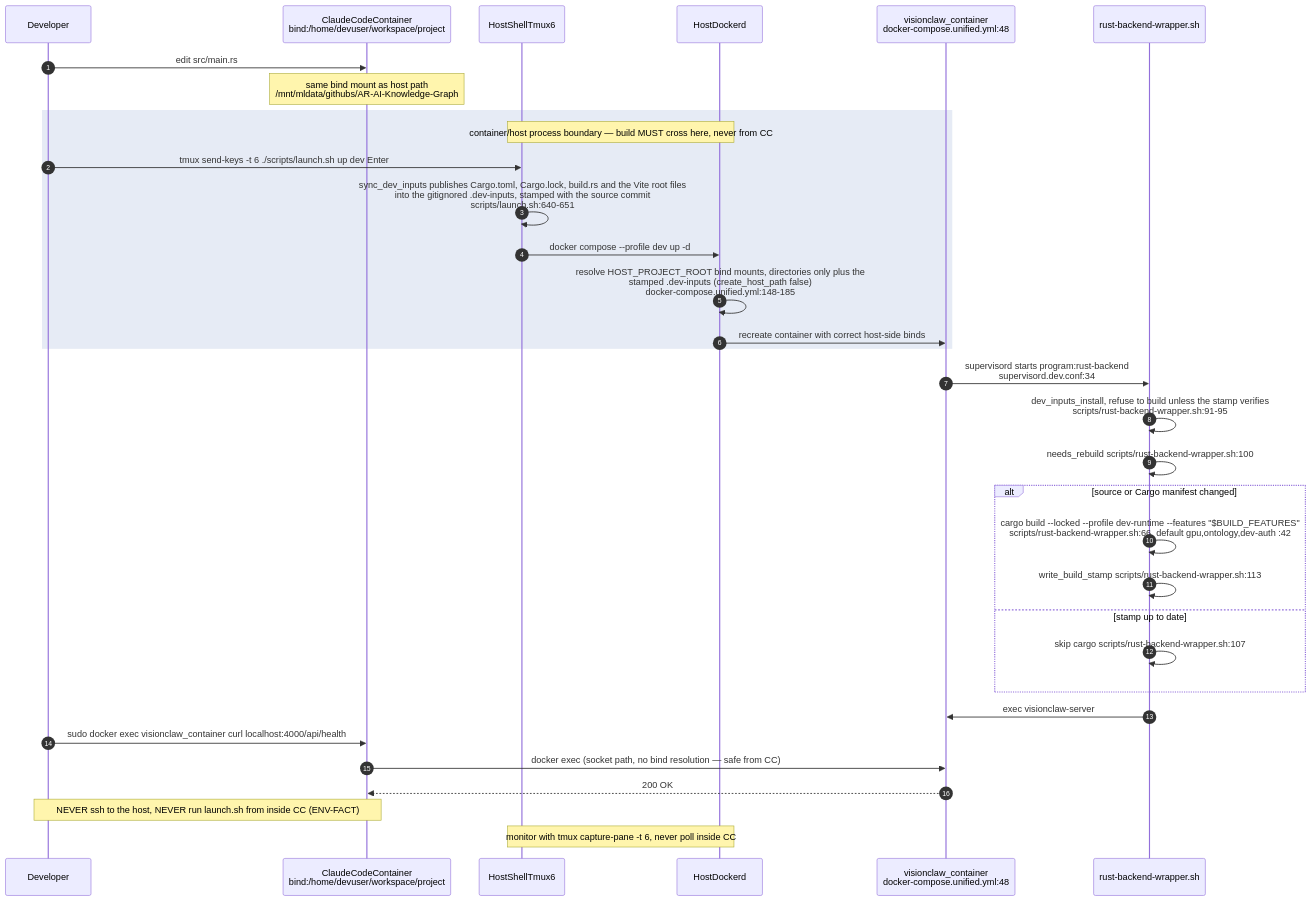
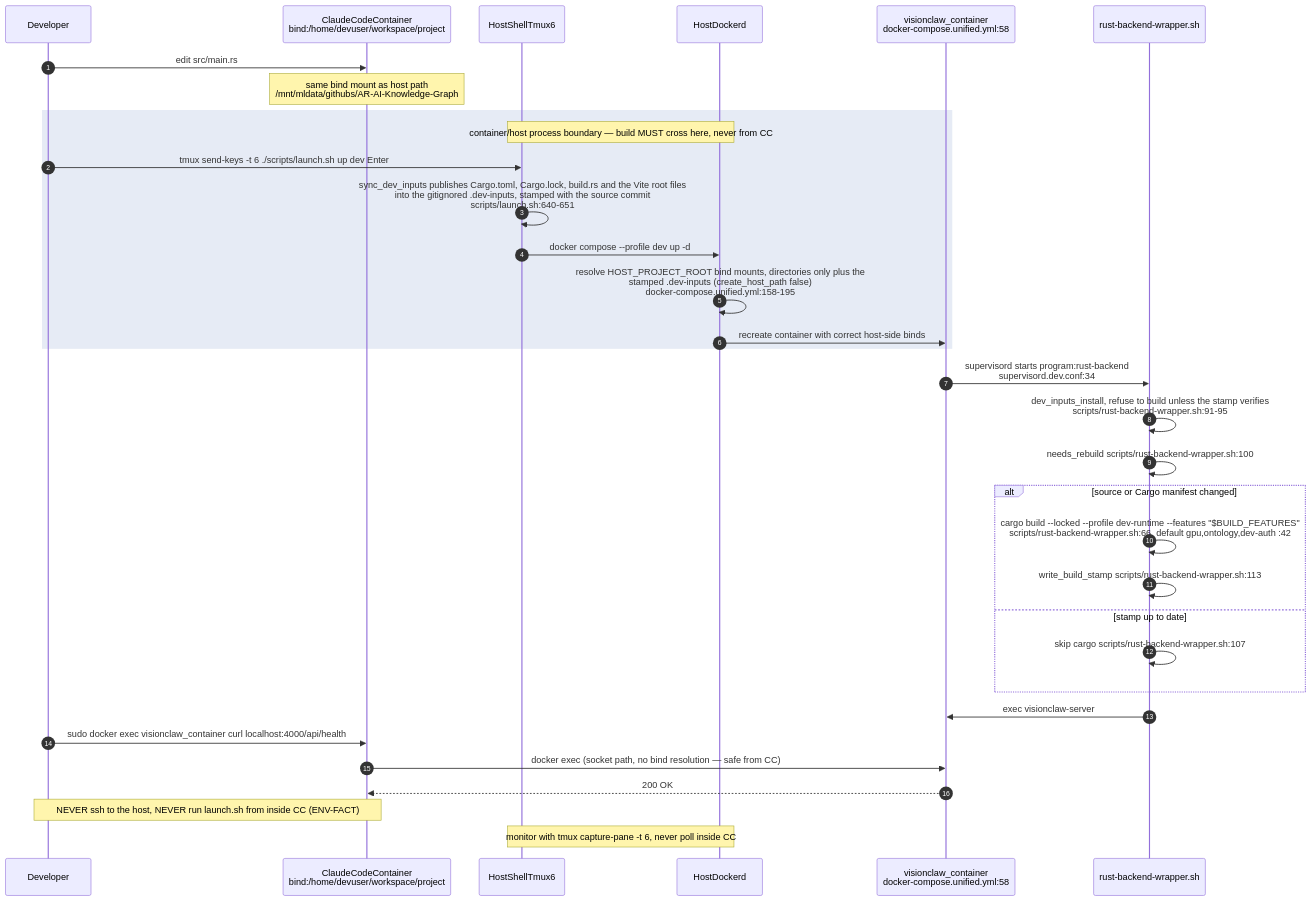
One commit to DreamLab-AI/VisionFlow changed the second of 24 diagrams in docs/diagrams/estate/09-build-deploy-and-ci-estate.md. Above: the diagram before and after it, drawn with Mermaid. The commit also changed other lines of this file and 145 other files, not shown here.

````diff
--- a/docs/diagrams/estate/09-build-deploy-and-ci-estate.md
+++ b/docs/diagrams/estate/09-build-deploy-and-ci-estate.md
@@ -123,36 +125,36 @@
 ```mermaid
 sequenceDiagram
     autonumber
     participant Dev as Developer
     participant CC as ClaudeCodeContainer<br/>bind:/home/devuser/workspace/project
     participant T6 as HostShellTmux6
     participant DD as HostDockerd
-    participant DC as visionclaw_container<br/>docker-compose.unified.yml:48
+    participant DC as visionclaw_container<br/>docker-compose.unified.yml:58
     participant W as rust-backend-wrapper.sh
 
     Dev->>CC: edit src/main.rs
     Note over CC: same bind mount as host path<br/>/mnt/mldata/githubs/AR-AI-Knowledge-Graph
     rect rgb(230,235,245)
     Note over T6,DD: container/host process boundary — build MUST cross here, never from CC
     Dev->>T6: tmux send-keys -t 6 ./scripts/launch.sh up dev Enter
     T6->>T6: sync_dev_inputs publishes Cargo.toml, Cargo.lock, build.rs and the Vite root files<br/>into the gitignored .dev-inputs, stamped with the source commit<br/>scripts/launch.sh:640-651
     T6->>DD: docker compose --profile dev up -d
-    DD->>DD: resolve HOST_PROJECT_ROOT bind mounts, directories only plus the<br/>stamped .dev-inputs (create_host_path false)<br/>docker-compose.unified.yml:148-185
+    DD->>DD: resolve HOST_PROJECT_ROOT bind mounts, directories only plus the<br/>stamped .dev-inputs (create_host_path false)<br/>docker-compose.unified.yml:158-195
     DD->>DC: recreate container with correct host-side binds
     end
     DC->>W: supervisord starts program:rust-backend<br/>supervisord.dev.conf:34
     W->>W: dev_inputs_install, refuse to build unless the stamp verifies<br/>scripts/rust-backend-wrapper.sh:91-95
     W->>W: needs_rebuild scripts/rust-backend-wrapper.sh:100
     alt source or Cargo manifest changed
         W->>W: cargo build --locked --profile dev-runtime --features "$BUILD_FEATURES"<br/>scripts/rust-backend-wrapper.sh:66, default gpu,ontology,dev-auth :42
         W->>W: write_build_stamp scripts/rust-backend-wrapper.sh:113
     else stamp up to date
         W->>W: skip cargo scripts/rust-backend-wrapper.sh:107
     end
     W->>DC: exec visionclaw-server
     Dev->>CC: sudo docker exec visionclaw_container curl localhost:4000/api/health
     CC->>DC: docker exec (socket path, no bind resolution — safe from CC)
     DC-->>CC: 200 OK
     Note over Dev,CC: NEVER ssh to the host, NEVER run launch.sh from inside CC (ENV-FACT)
     Note over T6,DD: monitor with tmux capture-pane -t 6, never poll inside CC
 ```
````
